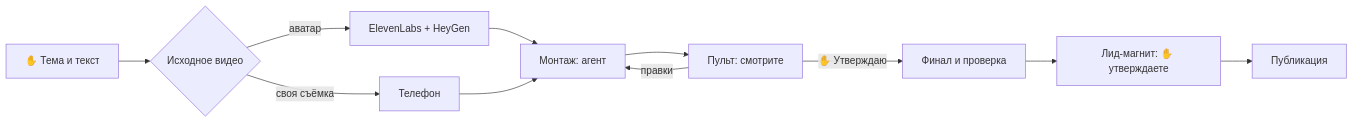
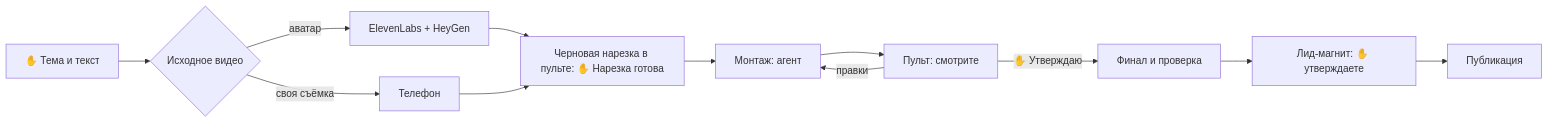
Before and after one commit to mcdenil-skills/AutoMontage-Agent: the diagram in docs/reels-guide/README.md, drawn with Mermaid. The commit also changed other lines of this file and 28 other files, not shown here.

````diff
--- a/docs/reels-guide/README.md
+++ b/docs/reels-guide/README.md
@@ -77,13 +78,14 @@
 ```mermaid
 flowchart LR
   A["✋ Тема и текст"] --> B{"Исходное видео"}
   B -->|аватар| C["ElevenLabs + HeyGen"]
   B -->|своя съёмка| D["Телефон"]
-  C --> E["Монтаж: агент"]
-  D --> E
+  C --> N["Черновая нарезка в пульте: ✋ Нарезка готова"]
+  D --> N
+  N --> E["Монтаж: агент"]
   E --> F["Пульт: смотрите"]
   F -->|правки| E
   F -->|"✋ Утверждаю"| G["Финал и проверка"]
   G --> L["Лид-магнит: ✋ утверждаете"]
   L --> H["Публикация"]
 ```
````
